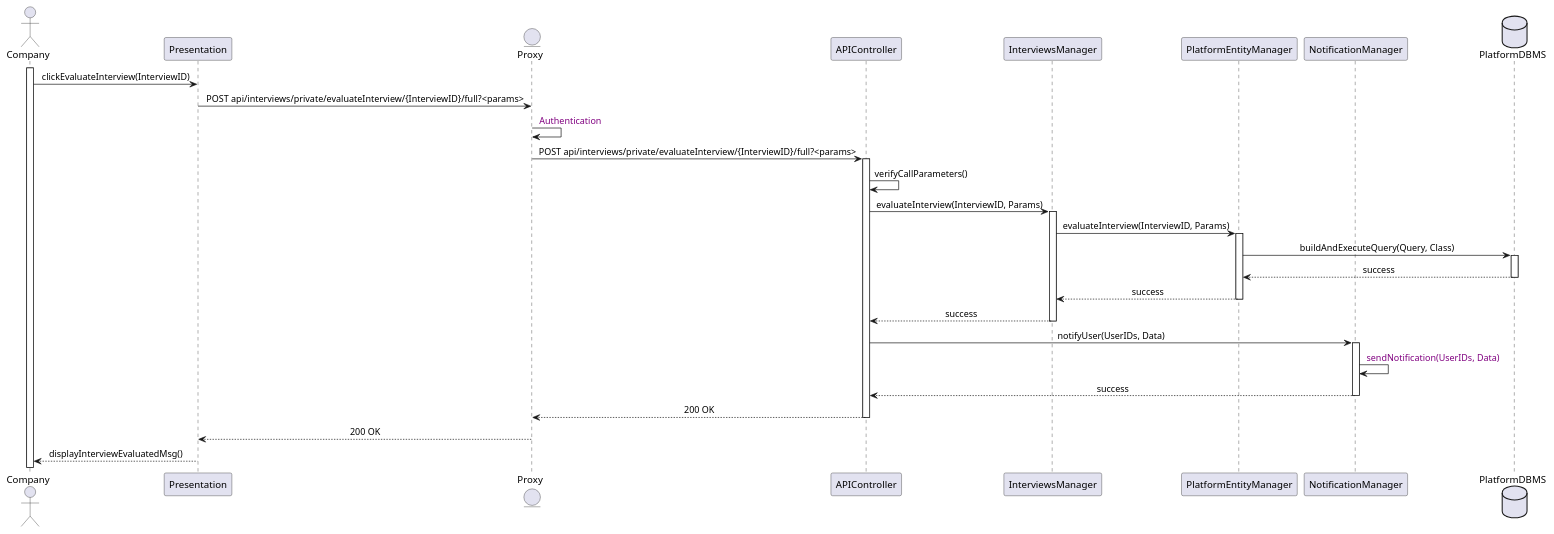
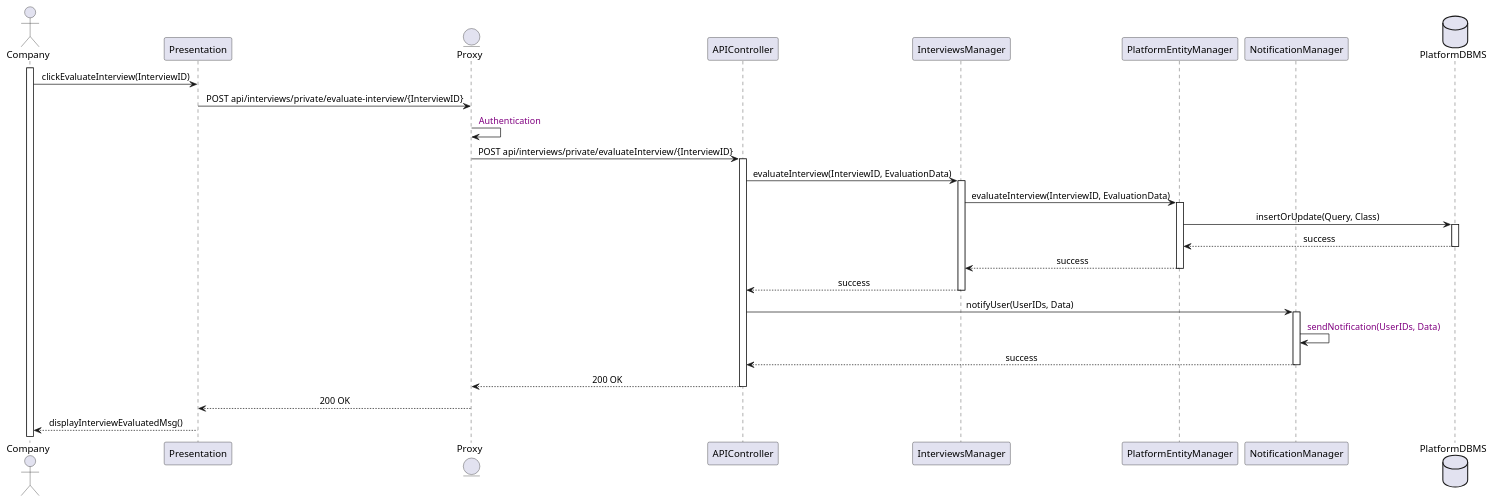
Before and after one commit to Slaitroc/RicciPaoliGrisoni: the diagram in Diagrams/SequenceDiagrams/DD/12CompanyEvaluatesInterview.wsd, drawn with PlantUML.

Commit message:
Refactor 12CompanyEvaluatesInterview.wsd SequenceDiagram

```diff
--- a/Diagrams/SequenceDiagrams/DD/12CompanyEvaluatesInterview.wsd
+++ b/Diagrams/SequenceDiagrams/DD/12CompanyEvaluatesInterview.wsd
@@ -1,45 +1,41 @@
 @startuml CompanyEvaluatesInterview
 skinparam sequenceMessageAlign center
 actor       Company
 participant Presentation
 entity      Proxy
 participant APIController
 participant InterviewsManager
 participant PlatformEntityManager
 participant NotificationManager 
 database    PlatformDBMS
 
-'Assuming Company has already evaluated each question of the interview 
-'params of the call can be something like like 
-'{ "answer": [ { "questionID": 1}, {"evaluation": 5}, { "questionID": 2}, {"evaluation": 4} }
 activate Company
 Company -> Presentation : clickEvaluateInterview(InterviewID)
-Presentation -> Proxy : POST api/interviews/private/evaluateInterview/{InterviewID}/full?<params>
+Presentation -> Proxy : POST api/interviews/private/evaluate-interview/{InterviewID}
 Proxy -> Proxy : <color:purple> Authentication
-Proxy -> APIController : POST api/interviews/private/evaluateInterview/{InterviewID}/full?<params>
+Proxy -> APIController : POST api/interviews/private/evaluateInterview/{InterviewID}
 activate APIController
-APIController -> APIController : verifyCallParameters()
-APIController -> InterviewsManager : evaluateInterview(InterviewID, Params)
+APIController -> InterviewsManager : evaluateInterview(InterviewID, EvaluationData)
 activate InterviewsManager
-InterviewsManager -> PlatformEntityManager : evaluateInterview(InterviewID, Params)
+InterviewsManager -> PlatformEntityManager : evaluateInterview(InterviewID, EvaluationData)
 activate PlatformEntityManager
-PlatformEntityManager -> PlatformDBMS : buildAndExecuteQuery(Query, Class)
+PlatformEntityManager -> PlatformDBMS : insertOrUpdate(Query, Class)
 activate PlatformDBMS
 PlatformDBMS --> PlatformEntityManager : success
 deactivate PlatformDBMS
 PlatformEntityManager --> InterviewsManager : success
 deactivate PlatformEntityManager
 InterviewsManager --> APIController : success
 deactivate InterviewsManager
 APIController -> NotificationManager : notifyUser(UserIDs, Data)
 activate NotificationManager
 NotificationManager -> NotificationManager : <color:purple> sendNotification(UserIDs, Data)
 NotificationManager --> APIController : success
 deactivate NotificationManager
 APIController --> Proxy : 200 OK
 deactivate APIController
 Proxy --> Presentation : 200 OK
 deactivate Proxy
 Presentation --> Company : displayInterviewEvaluatedMsg()
 deactivate Presentation
 @enduml
```
